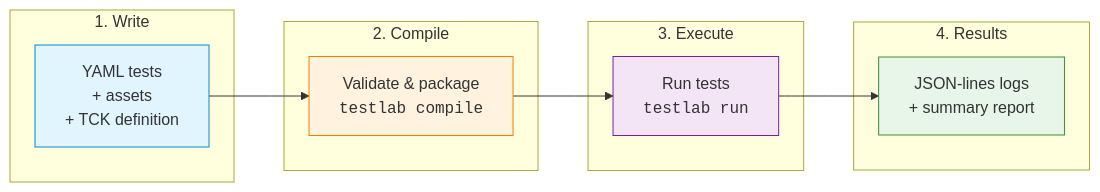
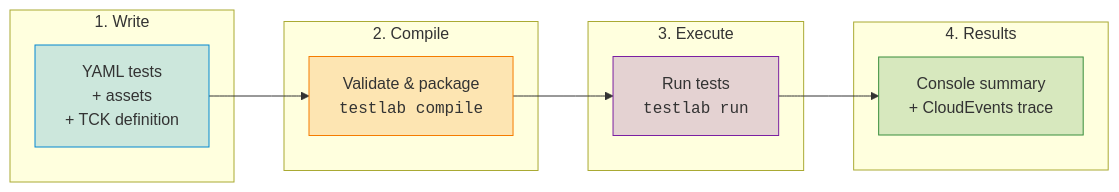
The diagram in docs/specification/walkthrough/index.md (eclipse-tractusx/tractusx-testlab), drawn with Mermaid before and after one commit. The commit also changed other lines of this file and 155 other files, not shown here.

````diff
--- a/docs/specification/walkthrough/index.md
+++ b/docs/specification/walkthrough/index.md
@@ -35,25 +35,25 @@
 ```mermaid
 flowchart LR
     subgraph "1. Write"
         A["YAML tests<br/>+ assets<br/>+ TCK definition"]
     end
 
     subgraph "2. Compile"
         B["Validate & package<br/><code>testlab compile</code>"]
     end
 
     subgraph "3. Execute"
         C["Run tests<br/><code>testlab run</code>"]
     end
 
     subgraph "4. Results"
-        D["JSON-lines logs<br/>+ summary report"]
+        D["Console summary<br/>+ CloudEvents trace"]
     end
 
     A --> B --> C --> D
 
-    style A fill:#e1f5fe,stroke:#0288d1
-    style B fill:#fff3e0,stroke:#f57c00
-    style C fill:#f3e5f5,stroke:#7b1fa2
-    style D fill:#e8f5e9,stroke:#388e3c
+    style A fill:#0288d133,stroke:#0288d1
+    style B fill:#f57c0033,stroke:#f57c00
+    style C fill:#7b1fa233,stroke:#7b1fa2
+    style D fill:#388e3c33,stroke:#388e3c
 ```
````
